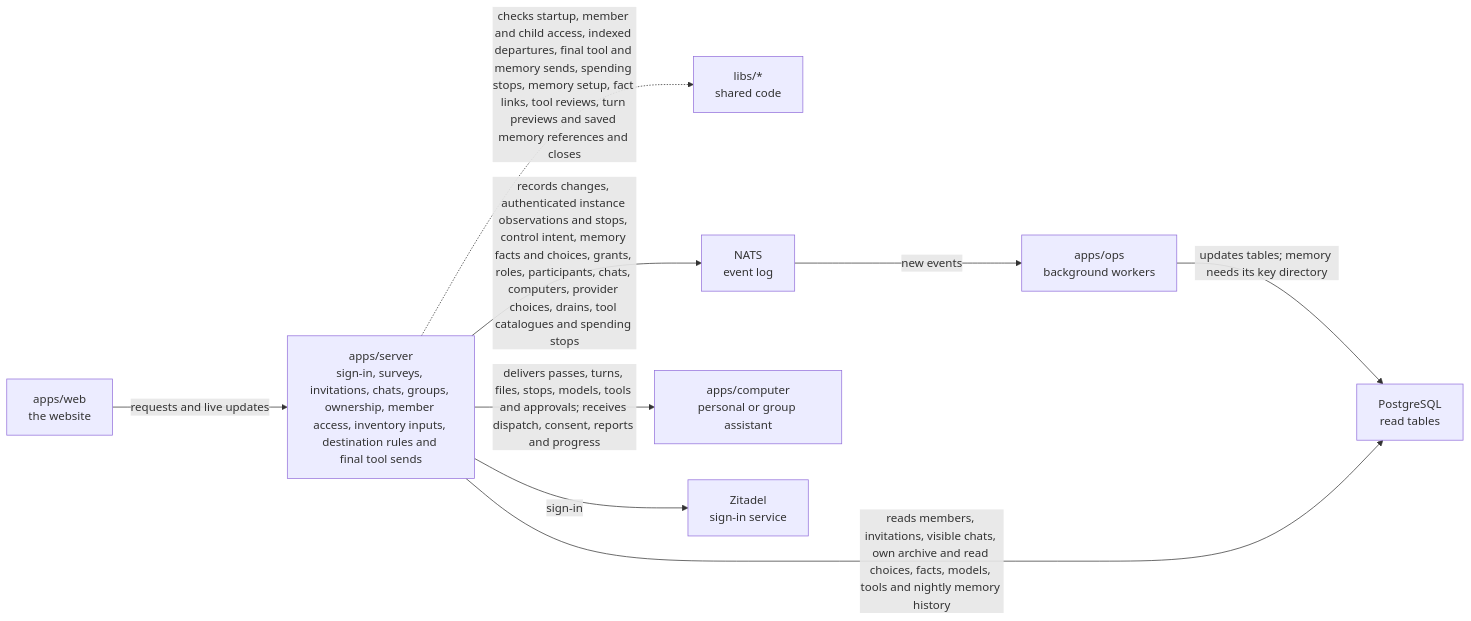
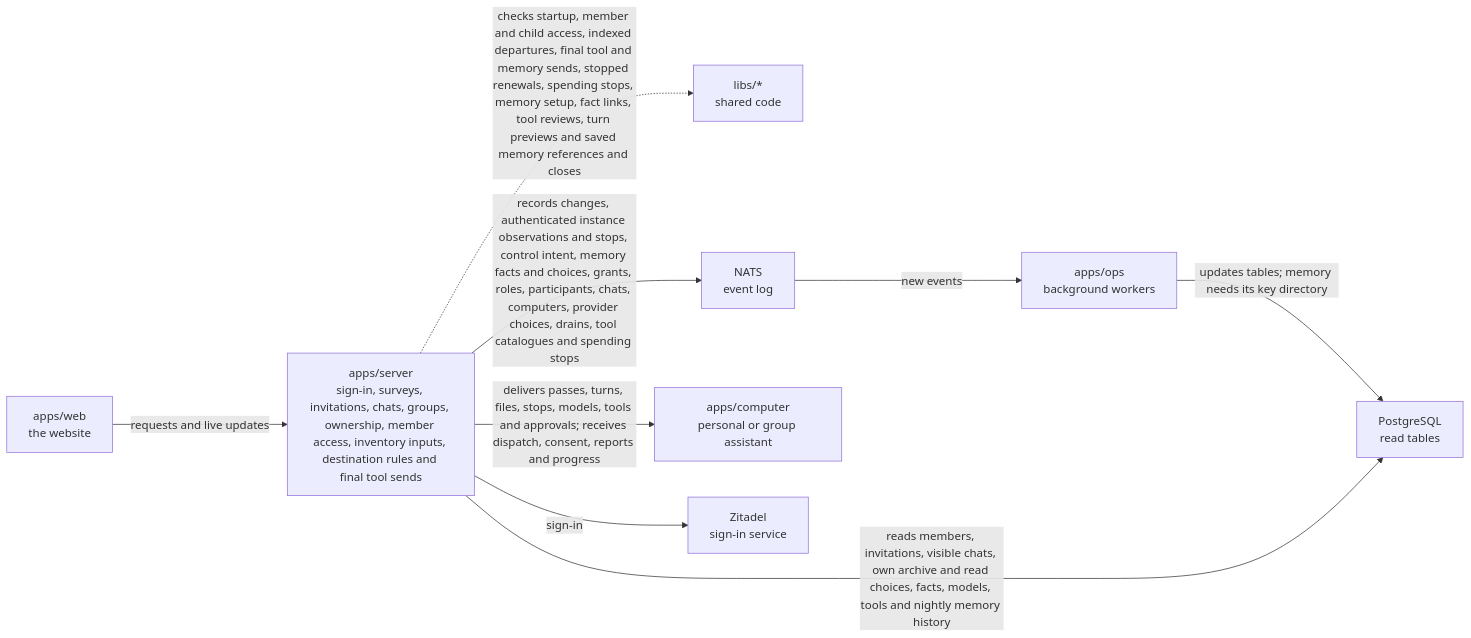
The diagram in apps/server/README.md (elewa-git/opencrane-new), drawn with Mermaid before and after one commit. The commit also changed other lines of this file and 13 other files, not shown here.

Commit message:
🛑 Apply spending stops to free tool calls and turn renewals

````diff
--- a/apps/server/README.md
+++ b/apps/server/README.md
@@ -11,11 +11,11 @@
 ```mermaid
 flowchart LR
   web["apps/web<br/>the website"] -->|requests and live updates| server["apps/server<br/>sign-in, surveys, invitations, chats, groups, ownership, member access, inventory inputs, destination rules and final tool sends"]
-  server -.->|checks startup, member and child access, indexed departures, final tool and memory sends, spending stops, memory setup, fact links, tool reviews, turn previews and saved memory references and closes| libs["libs/*<br/>shared code"]
+  server -.->|checks startup, member and child access, indexed departures, final tool and memory sends, stopped renewals, spending stops, memory setup, fact links, tool reviews, turn previews and saved memory references and closes| libs["libs/*<br/>shared code"]
   server -->|records changes, authenticated instance observations and stops, control intent, memory facts and choices, grants, roles, participants, chats, computers, provider choices, drains, tool catalogues and spending stops| nats["NATS<br/>event log"]
   nats -->|new events| ops["apps/ops<br/>background workers"]
   ops -->|updates tables; memory needs its key directory| postgres["PostgreSQL<br/>read tables"]
   server -->|reads members, invitations, visible chats, own archive and read choices, facts, models, tools and nightly memory history| postgres
   server -->|delivers passes, turns, files, stops, models, tools and approvals; receives dispatch, consent, reports and progress| computer["apps/computer<br/>personal or group assistant"]
   server -->|sign-in| zitadel["Zitadel<br/>sign-in service"]
 ```
````
